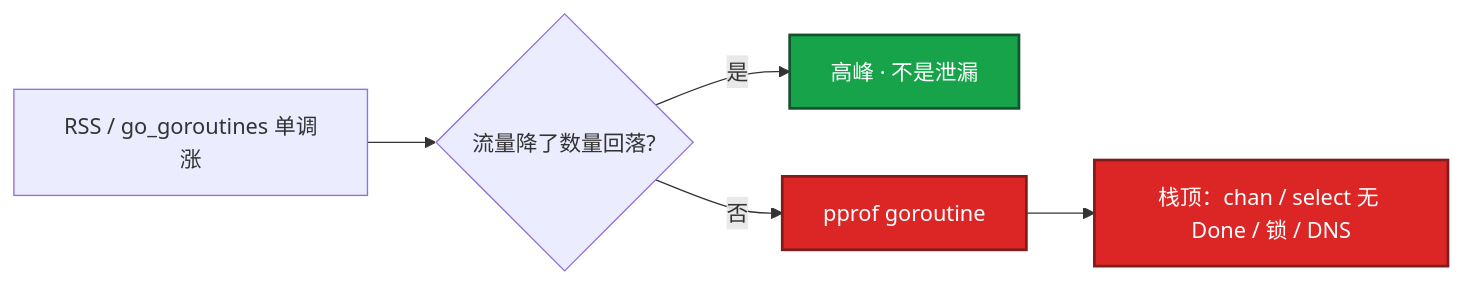
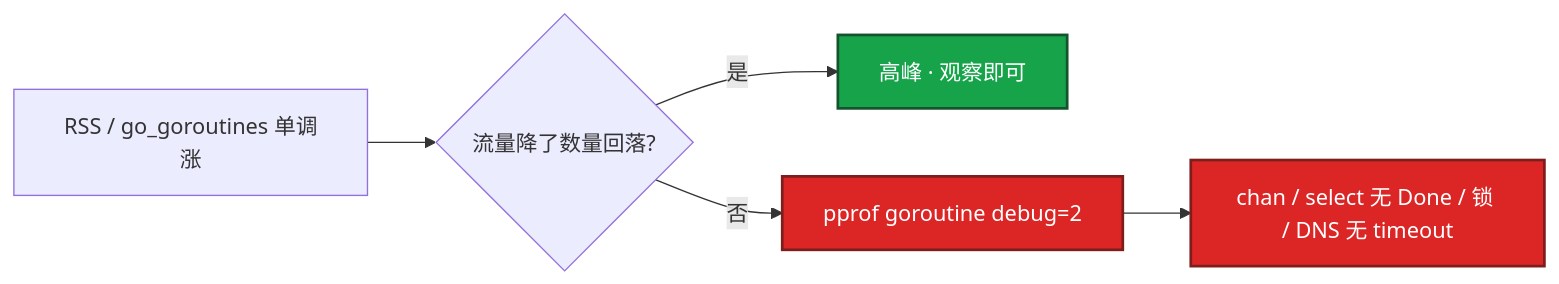
Before and after one commit to ml-cuizijun/LearnToLilith: the second of 6 diagrams in 06-开发能力/03-Go运维工具/知识点.md, drawn with Mermaid. The commit also changed other lines of this file and 213 other files, not shown here.

````diff
--- a/06-开发能力/03-Go运维工具/知识点.md
+++ b/06-开发能力/03-Go运维工具/知识点.md
@@ -139,12 +301,12 @@
 ```mermaid
 flowchart LR
     A[RSS / go_goroutines 单调涨] --> B{流量降了数量回落?}
-    B -->|是| C[高峰 · 不是泄漏]
-    B -->|否| D[pprof goroutine]
-    D --> E[栈顶：chan / select 无 Done / 锁 / DNS]
+    B -->|是| C[高峰 · 观察即可]
+    B -->|否| D[pprof goroutine debug=2]
+    D --> E[chan / select 无 Done / 锁 / DNS 无 timeout]
 
     classDef ok fill:#16A34A,stroke:#14532D,stroke-width:2px,color:#fff
     classDef bad fill:#DC2626,stroke:#7F1D1D,stroke-width:2px,color:#fff
     class C ok
     class D,E bad
 ```
````
